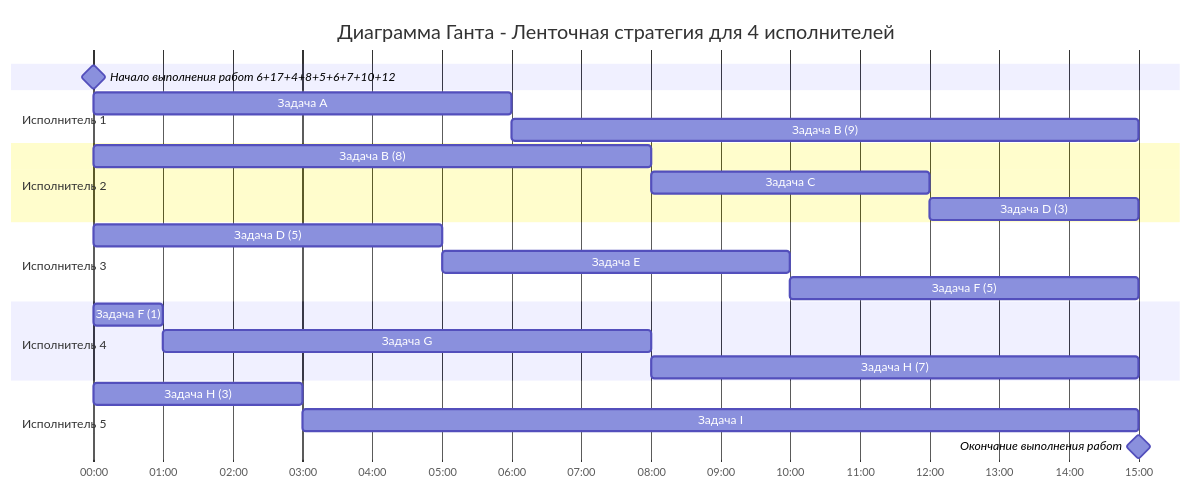
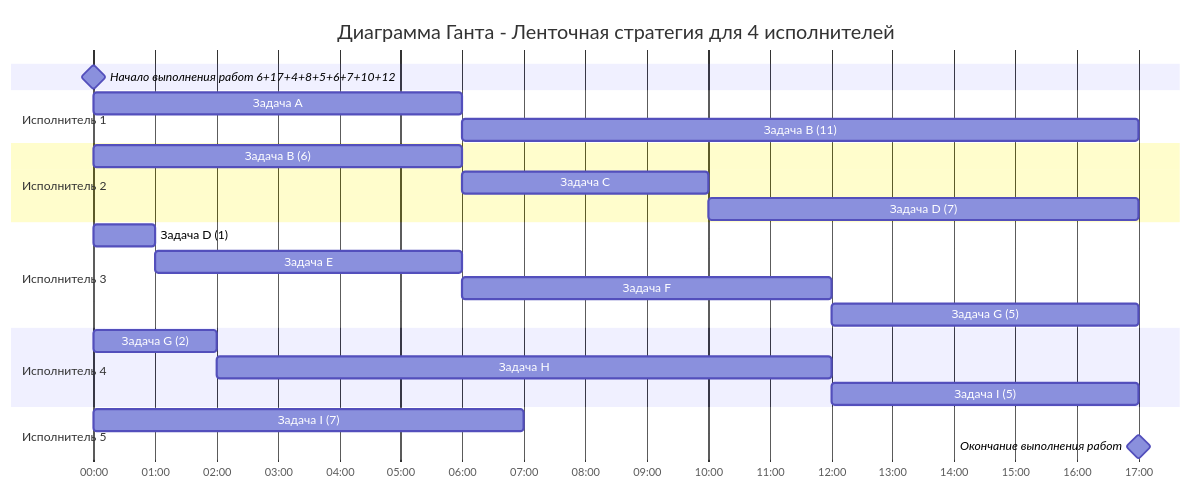
Before and after one commit to HSE-algo-23-crow/manual_tasks: the second of 2 diagrams in task_8/gigacode_task_8.md, drawn with Mermaid. The commit also changed other lines of this file, not shown here.

````diff
--- a/task_8/gigacode_task_8.md
+++ b/task_8/gigacode_task_8.md
@@ -94,26 +94,26 @@
 ```mermaid
 gantt
     title Диаграмма Ганта - Ленточная стратегия для 4 исполнителей
     dateFormat  HH:mm    
     axisFormat %H:%M
     Начало выполнения работ 6+17+4+8+5+6+7+10+12 : milestone, m1, 00:00, 0h
     section Исполнитель 1
     Задача A            :a1, 00:00, 6h
-    Задача B (9)           :a2, after a1, 9h
+    Задача B (11)           :a2, after a1, 11h
     section Исполнитель 2
-    Задача B (8)        :b1, 00:00,  8h
+    Задача B (6)        :b1, 00:00,  6h
     Задача C            :b2, after b1, 4h
-    Задача D (3)        :b3, after b2, 3h
+    Задача D (7)        :b3, after b2, 7h
     section Исполнитель 3
-    Задача D (5)        :c1, 00:00, 5h
+    Задача D (1)        :c1, 00:00, 1h
     Задача E            :c2, after c1, 5h
-    Задача F (5)           :c3,after c2, 5h
+    Задача F            :c3,after c2, 6h
+    Задача G (5)        :after c3, 5h
     section Исполнитель 4
-    Задача F (1)           :d1,00:00, 1h
-    Задача G         :d2,after d1 , 7h
-    Задача H (7)          :after d2, 7h
+    Задача G (2)        :d1, 00:00, 2h
+    Задача H            :d2,after d1, 10h
+    Задача I (5)           :after d2, 5h
     section Исполнитель 5
-    Задача H  (3)          :e1, 00:00, 3h
-    Задача I           :after e1, 12h
-    Окончание выполнения работ : milestone, m2, 15:00, 0h
+    Задача I (7)           :e1, 00:00, 7h
+    Окончание выполнения работ : milestone, m2, 17:00, 0h
 ```
````
